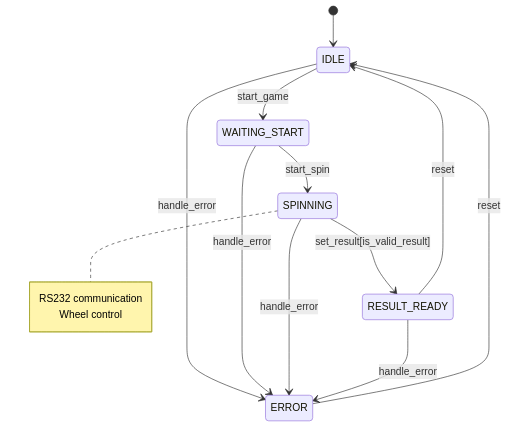
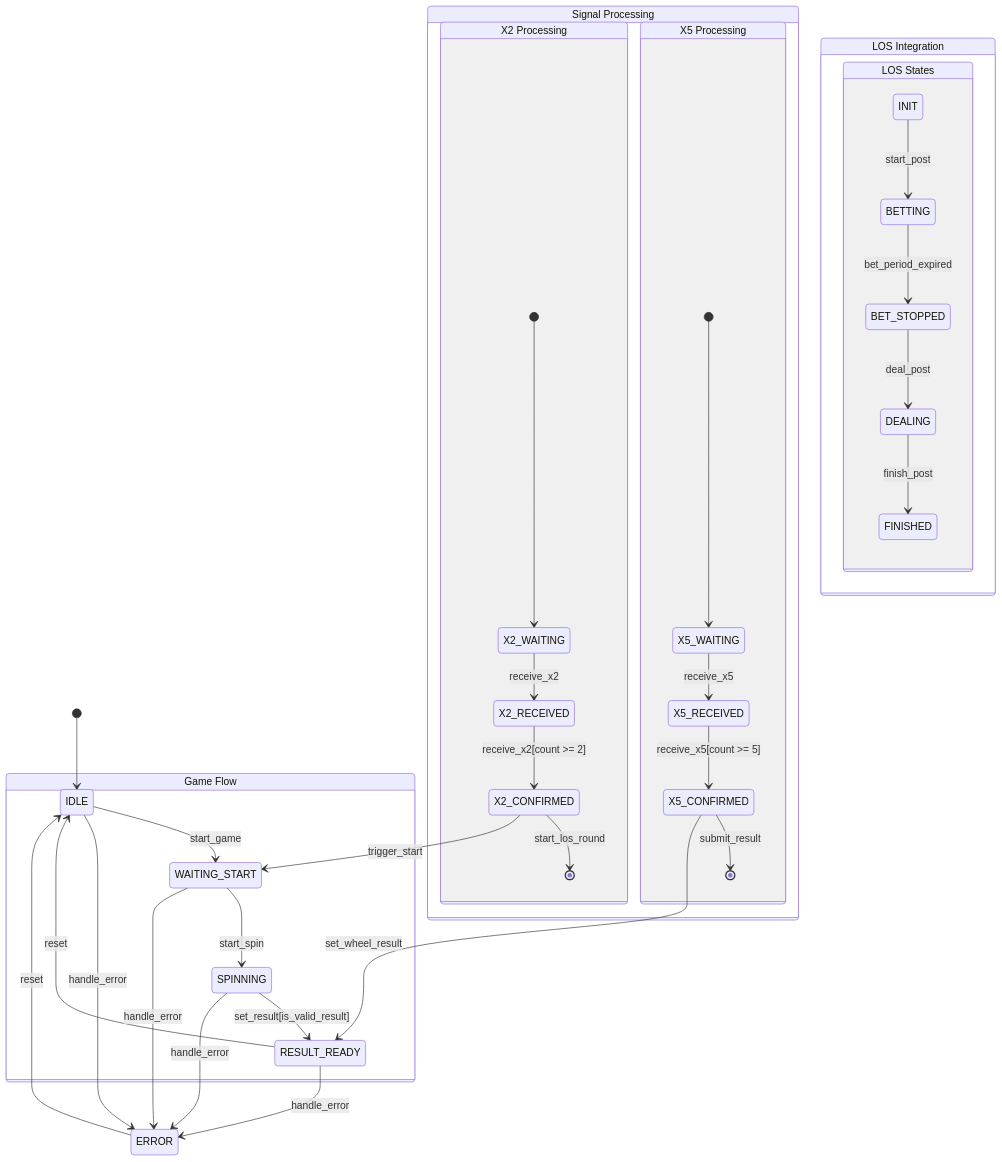
One commit to ikigai-kevin-k/studio-sdp-mirror changed the second of 6 diagrams in src/refactor/README.md. Above: the diagram before and after it, drawn with Mermaid. The commit also changed other lines of this file, not shown here.

Commit message:
x2,x5,los  describtion

````diff
--- a/src/refactor/README.md
+++ b/src/refactor/README.md
@@ -38,20 +38,46 @@
 ```mermaid
 stateDiagram-v2
     [*] --> IDLE
-    IDLE --> WAITING_START: start_game
-    WAITING_START --> SPINNING: start_spin
-    SPINNING --> RESULT_READY: set_result[is_valid_result]
-    RESULT_READY --> IDLE: reset
+    
+    state "Game Flow" as GF {
+        IDLE --> WAITING_START: start_game
+        WAITING_START --> SPINNING: start_spin
+        SPINNING --> RESULT_READY: set_result[is_valid_result]
+        RESULT_READY --> IDLE: reset
+    }
+    
+    state "Signal Processing" as SP {
+        state "X2 Processing" as X2 {
+            [*] --> X2_WAITING
+            X2_WAITING --> X2_RECEIVED: receive_x2
+            X2_RECEIVED --> X2_CONFIRMED: receive_x2[count >= 2]
+            X2_CONFIRMED --> [*]: start_los_round
+        }
+        
+        state "X5 Processing" as X5 {
+            [*] --> X5_WAITING
+            X5_WAITING --> X5_RECEIVED: receive_x5
+            X5_RECEIVED --> X5_CONFIRMED: receive_x5[count >= 5]
+            X5_CONFIRMED --> [*]: submit_result
+        }
+    }
+    
+    state "LOS Integration" as LOS {
+        state "LOS States" as LS {
+            INIT --> BETTING: start_post
+            BETTING --> BET_STOPPED: bet_period_expired
+            BET_STOPPED --> DEALING: deal_post
+            DEALING --> FINISHED: finish_post
+        }
+    }
+    
+    X2_CONFIRMED --> WAITING_START: trigger_start
+    X5_CONFIRMED --> RESULT_READY: set_wheel_result
     
     state ERROR
     IDLE --> ERROR: handle_error
     WAITING_START --> ERROR: handle_error
     SPINNING --> ERROR: handle_error
     RESULT_READY --> ERROR: handle_error
     ERROR --> IDLE: reset
-    
-    note right of SPINNING
-        RS232 communication
-        Wheel control
-    end note
 ```
````
